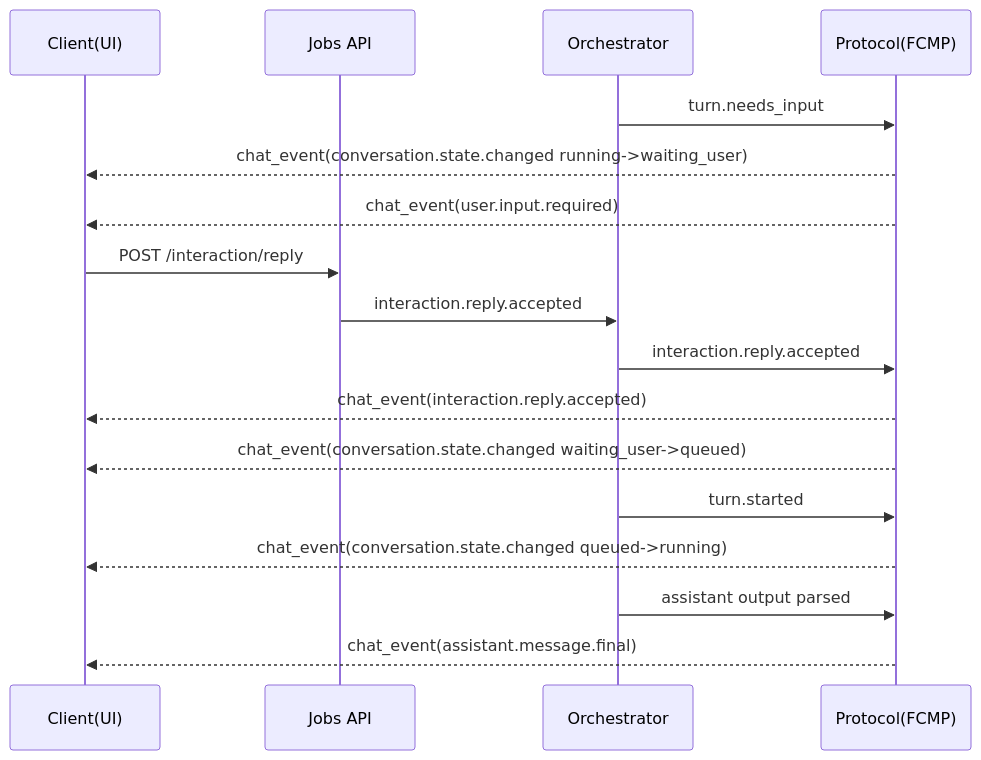
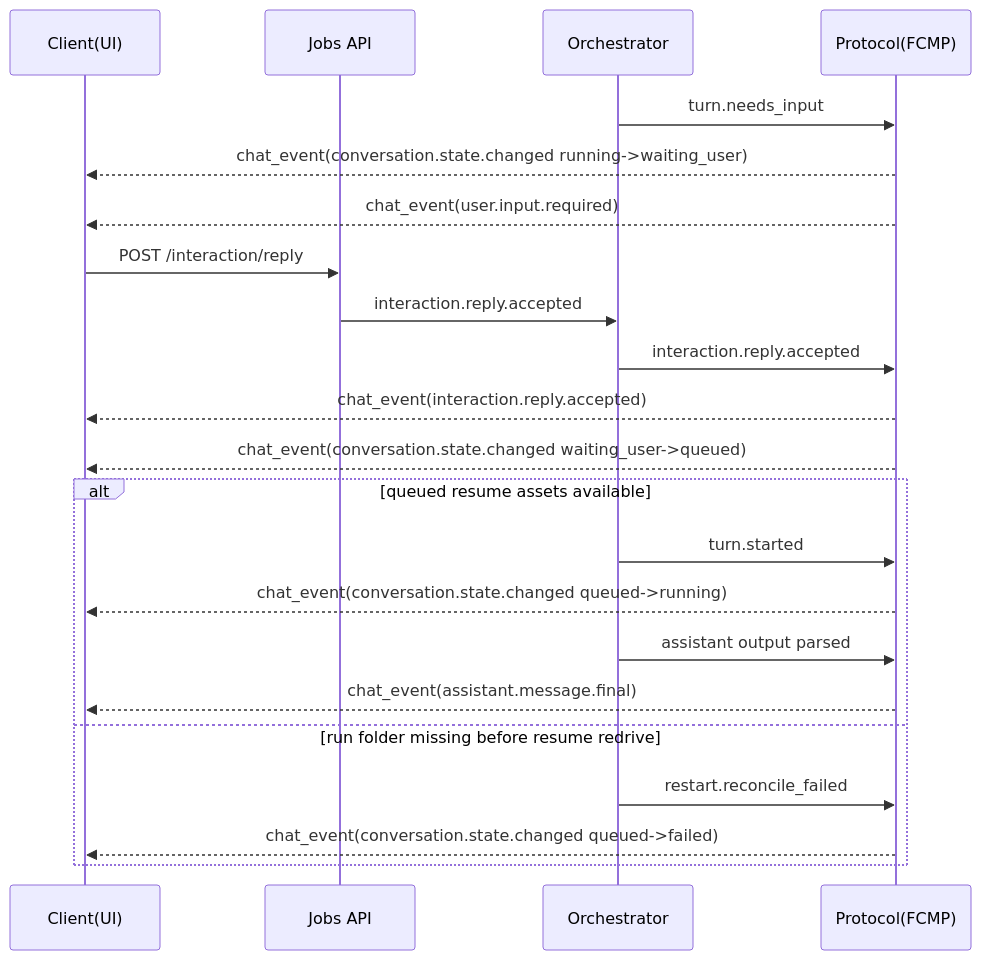
The second of 10 diagrams in docs/session_event_flow_sequence_fcmp.md (leike0813/Skill-Runner), drawn with Mermaid before and after one commit. The commit also changed other lines of this file and 459 other files, not shown here.

````diff
--- a/docs/session_event_flow_sequence_fcmp.md
+++ b/docs/session_event_flow_sequence_fcmp.md
@@ -40,22 +57,27 @@
 ```mermaid
 sequenceDiagram
     participant C as Client(UI)
     participant API as Jobs API
     participant O as Orchestrator
     participant P as Protocol(FCMP)
 
     O->>P: turn.needs_input
     P-->>C: chat_event(conversation.state.changed running->waiting_user)
     P-->>C: chat_event(user.input.required)
 
     C->>API: POST /interaction/reply
     API->>O: interaction.reply.accepted
     O->>P: interaction.reply.accepted
     P-->>C: chat_event(interaction.reply.accepted)
     P-->>C: chat_event(conversation.state.changed waiting_user->queued)
 
-    O->>P: turn.started
-    P-->>C: chat_event(conversation.state.changed queued->running)
-    O->>P: assistant output parsed
-    P-->>C: chat_event(assistant.message.final)
+    alt queued resume assets available
+      O->>P: turn.started
+      P-->>C: chat_event(conversation.state.changed queued->running)
+      O->>P: assistant output parsed
+      P-->>C: chat_event(assistant.message.final)
+    else run folder missing before resume redrive
+      O->>P: restart.reconcile_failed
+      P-->>C: chat_event(conversation.state.changed queued->failed)
+    end
 ```
````
